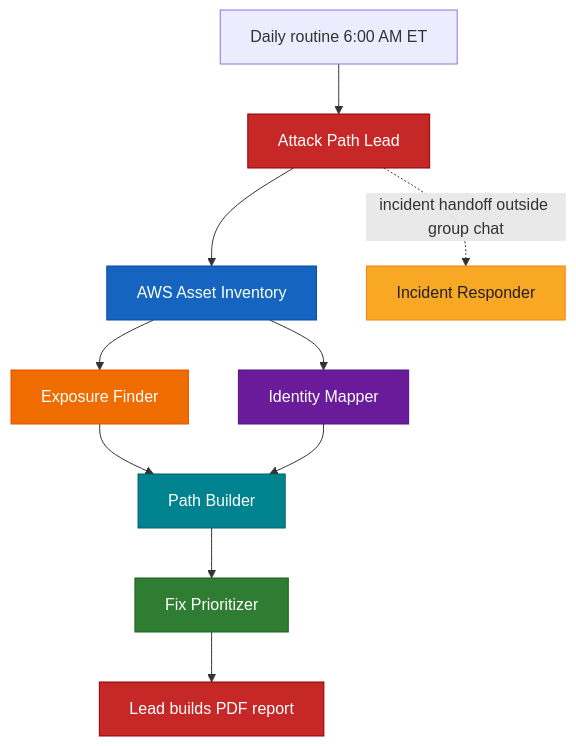
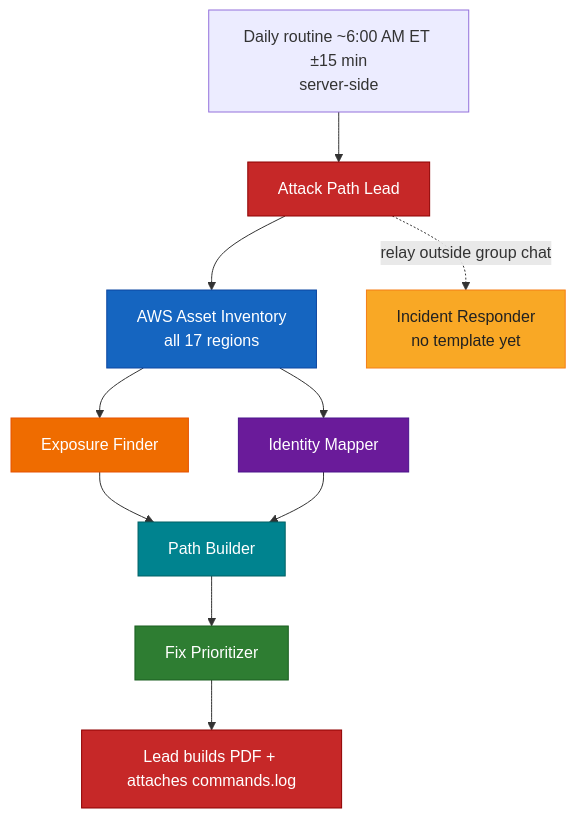
The diagram in docs/architecture.mmd (ritvikindupuri/grok-bot-aws-attack-path-team), drawn with Mermaid before and after one commit. The commit also changed 2 other files, not shown here.

Commit message:
Fix README accuracy: team chat, routine, PDF, transparency, setup
Align docs with the real 6-member chat + external IR, server-side
~6 AM ET routine, PDF sections, command logging rules, connector
limits, and ordered setup/usage/FAQ. Refresh architecture art.

````diff
--- a/docs/architecture.mmd
+++ b/docs/architecture.mmd
@@ -1,27 +1,25 @@
-```mermaid
 flowchart TD
-  R["Daily routine 6:00 AM ET"] --> L["Attack Path Lead"]
-  L --> I["AWS Asset Inventory"]
+  R["Daily routine ~6:00 AM ET ±15 min<br/>server-side"] --> L["Attack Path Lead"]
+  L --> I["AWS Asset Inventory<br/>all 17 regions"]
   I --> E["Exposure Finder"]
   I --> M["Identity Mapper"]
   E --> P["Path Builder"]
   M --> P
   P --> F["Fix Prioritizer"]
-  F --> PDF["Lead builds PDF report"]
-  L -.->|incident handoff outside group chat| IR["Incident Responder"]
+  F --> PDF["Lead builds PDF + attaches commands.log"]
+  L -.->|relay outside group chat| IR["Incident Responder<br/>no template yet"]
 
   classDef lead fill:#C62828,color:#fff,stroke:#8E0000
   classDef inv fill:#1565C0,color:#fff,stroke:#0D47A1
   classDef exp fill:#EF6C00,color:#fff,stroke:#E65100
   classDef idm fill:#6A1B9A,color:#fff,stroke:#4A148C
   classDef path fill:#00838F,color:#fff,stroke:#006064
   classDef fix fill:#2E7D32,color:#fff,stroke:#1B5E20
   classDef ir fill:#F9A825,color:#212121,stroke:#F57F17
   class L,PDF lead
   class I inv
   class E exp
   class M idm
   class P path
   class F fix
   class IR ir
-```
````
